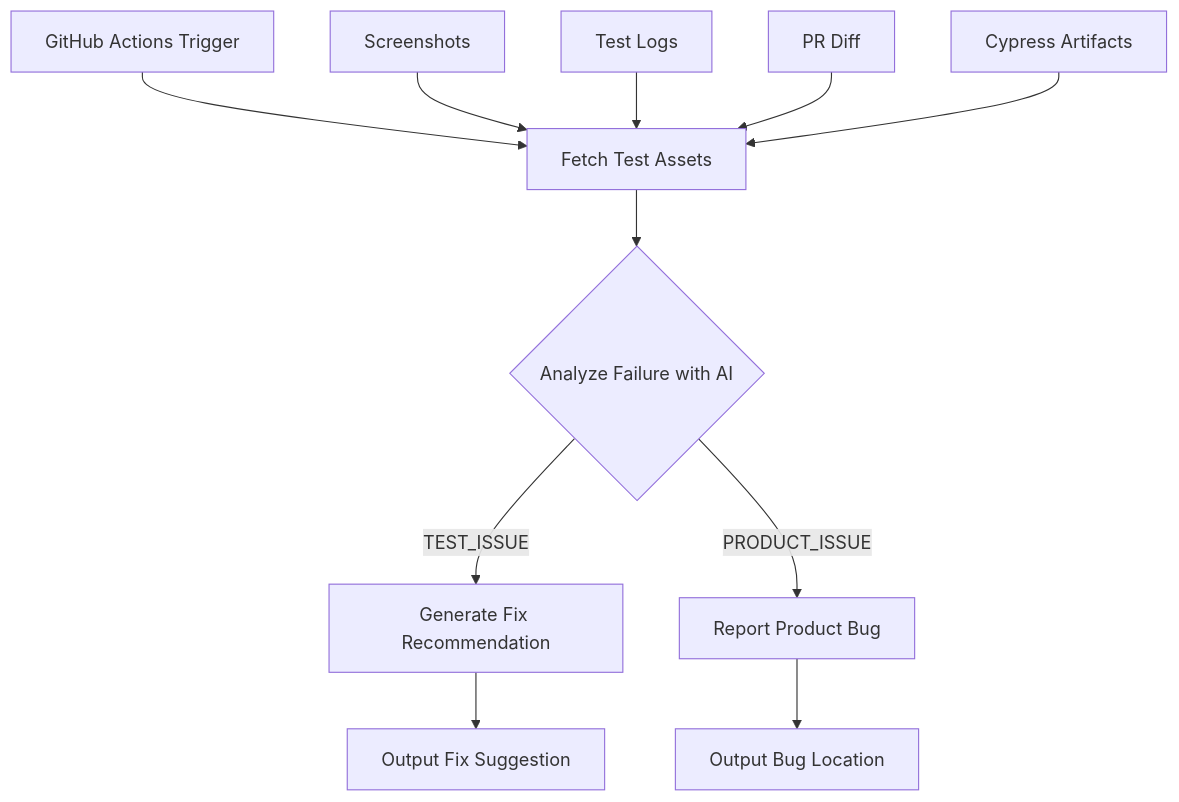
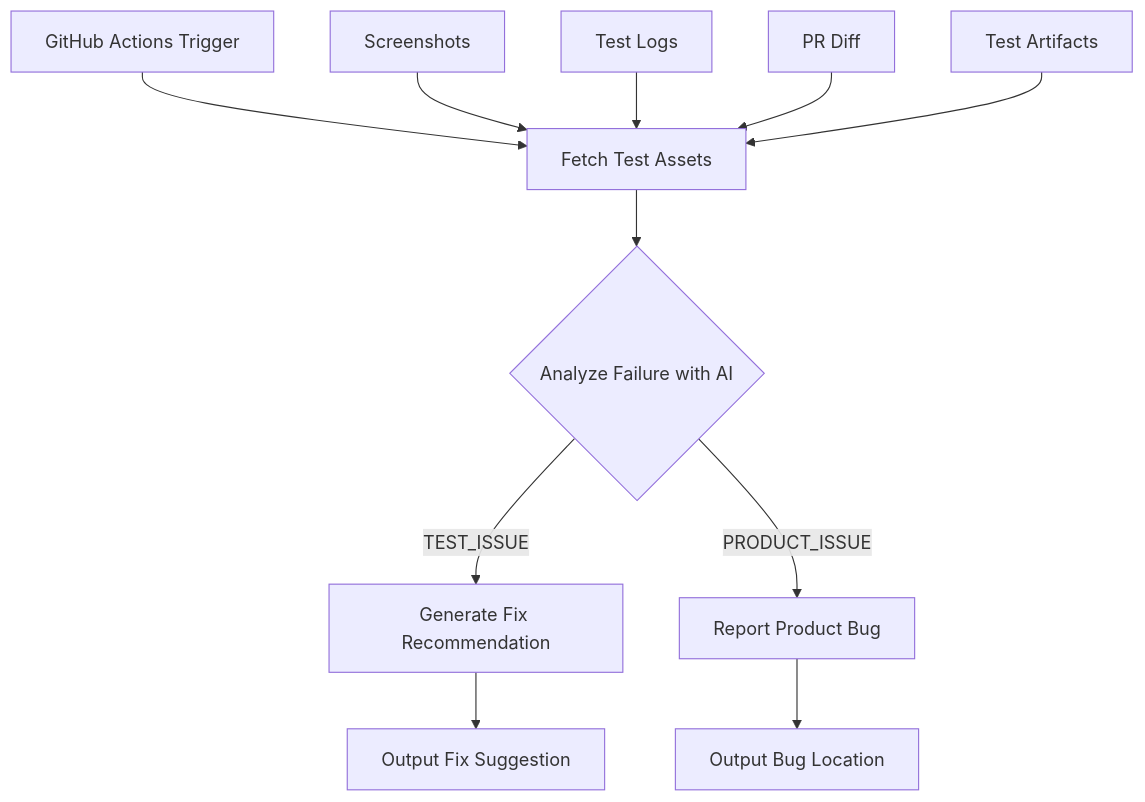
Before and after one commit to adept-at/adept-triage-agent: the diagram in TRIAGE_AGENT_WORKFLOW.md, drawn with Mermaid. The commit also changed other lines of this file and 33 other files, not shown here.

````diff
--- a/TRIAGE_AGENT_WORKFLOW.md
+++ b/TRIAGE_AGENT_WORKFLOW.md
@@ -9,14 +15,14 @@
 ```mermaid
 flowchart TD
     A[GitHub Actions Trigger] --> B[Fetch Test Assets]
     B --> C{Analyze Failure with AI}
     C -->|TEST_ISSUE| D[Generate Fix Recommendation]
     C -->|PRODUCT_ISSUE| E[Report Product Bug]
     D --> F[Output Fix Suggestion]
     E --> G[Output Bug Location]
     
     B1[Screenshots] --> B
     B2[Test Logs] --> B
     B3[PR Diff] --> B
-    B4[Cypress Artifacts] --> B
+    B4[Test Artifacts] --> B
 ```
````
